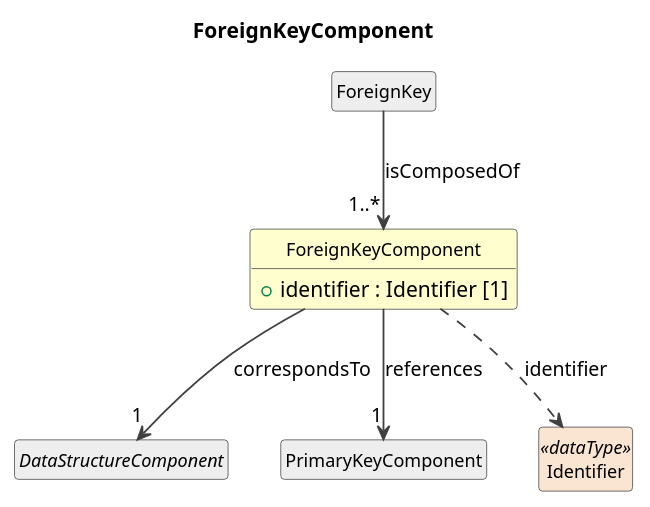
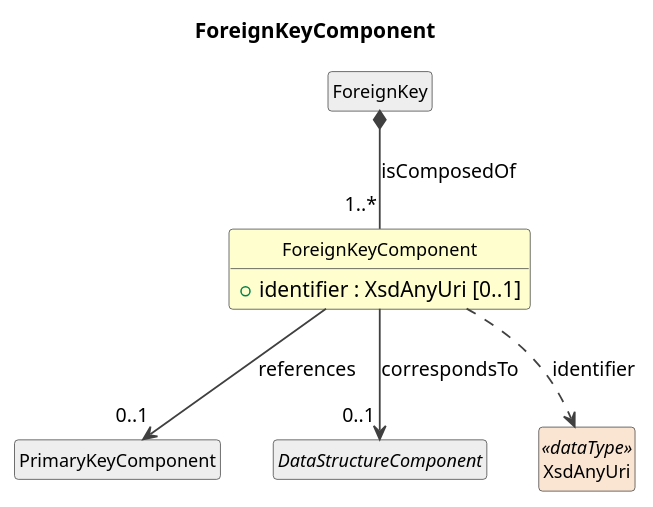
One commit to Cross-Domain-Interoperability-Framework/metadataBuildingBlocks changed the diagram in cdif-uml-model/_plantuml/cdifDataStructure/Classes/ForeignKeyComponent.pu. Above: the diagram before and after it, drawn with PlantUML. The commit also changed 636 other files, not shown here.

First line of the commit message:
cdif-uml-model: regen for cdifDataStructure split (module + composites)

```diff
--- a/cdif-uml-model/_plantuml/cdifDataStructure/Classes/ForeignKeyComponent.pu
+++ b/cdif-uml-model/_plantuml/cdifDataStructure/Classes/ForeignKeyComponent.pu
@@ -1,25 +1,25 @@
 @startuml
 title ForeignKeyComponent
 hide circle
 hide empty members
 skinparam shadowing false
 skinparam ArrowThickness 1.2
 skinparam class {
   ArrowColor #404040
   BorderColor #404040
   FontSize 12
 }
 
 class "ForeignKeyComponent" as ForeignKeyComponent #FEFECE {
-  +identifier : Identifier [1]
+  +identifier : XsdAnyUri [0..1]
 }
 class "ForeignKey" as ForeignKey #EEEEEE
-ForeignKey --> "1..*" ForeignKeyComponent : isComposedOf
+ForeignKey *-- "1..*" ForeignKeyComponent : isComposedOf
+class "PrimaryKeyComponent" as PrimaryKeyComponent #EEEEEE
+ForeignKeyComponent --> "0..1" PrimaryKeyComponent : references
 abstract class "DataStructureComponent" as DataStructureComponent #EEEEEE
-ForeignKeyComponent --> "1" DataStructureComponent : correspondsTo
-class "PrimaryKeyComponent" as PrimaryKeyComponent #EEEEEE
-ForeignKeyComponent --> "1" PrimaryKeyComponent : references
-class "Identifier" as Identifier <<dataType>> #FAE5D3
-ForeignKeyComponent ..> Identifier : identifier
+ForeignKeyComponent --> "0..1" DataStructureComponent : correspondsTo
+class "XsdAnyUri" as XsdAnyUri <<dataType>> #FAE5D3
+ForeignKeyComponent ..> XsdAnyUri : identifier
 
 @enduml
```
